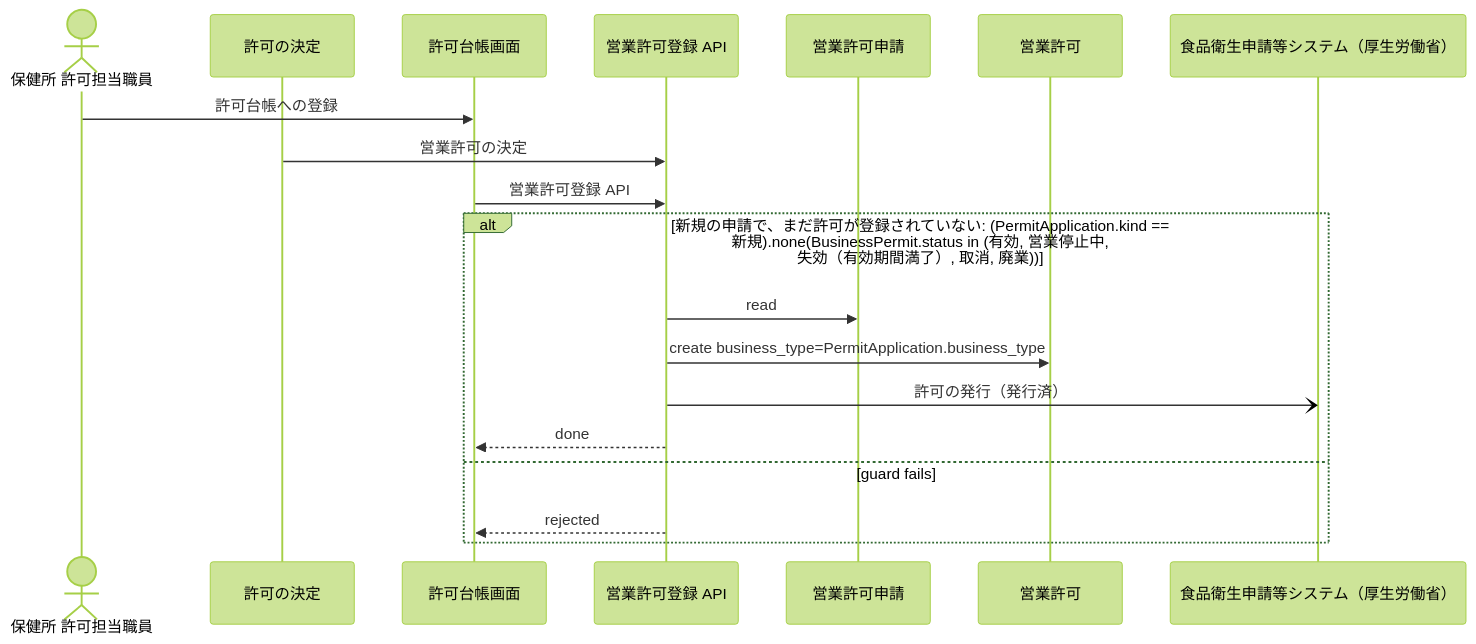
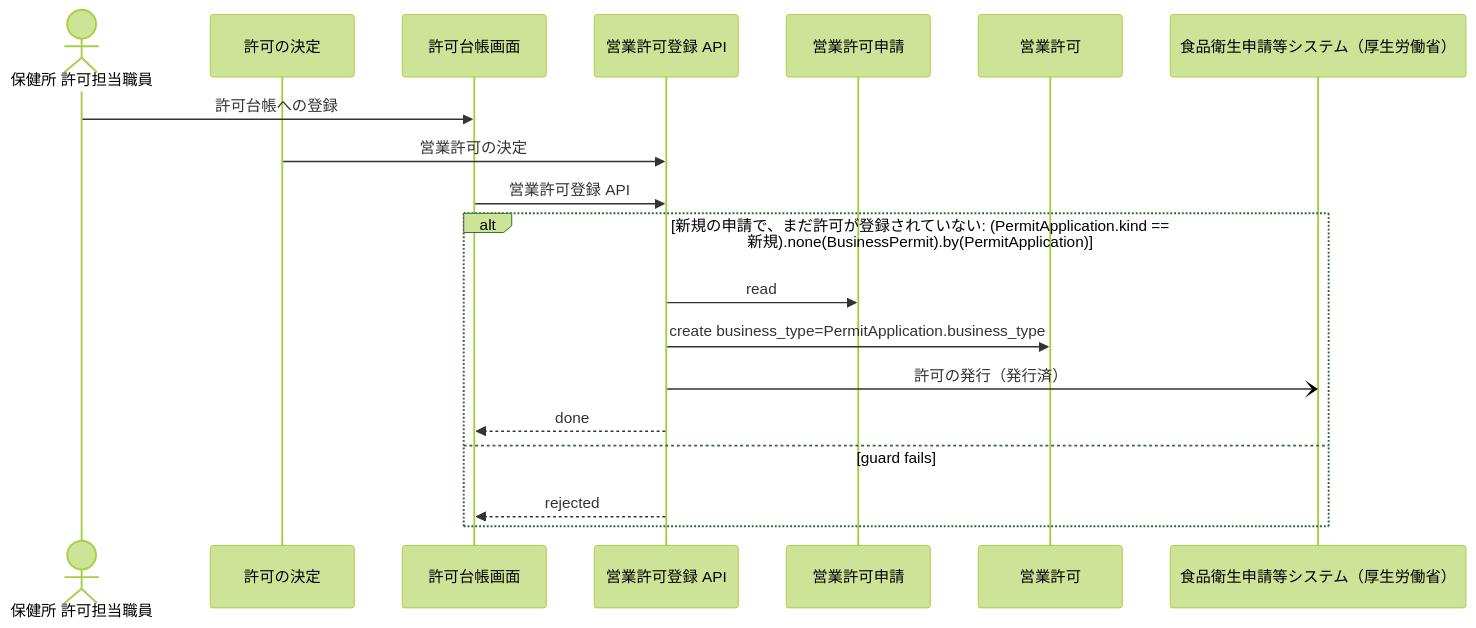
One commit to manji-0/rdra-ish-dsl changed the diagram in samples/food-permit-ops/out/uc/sequence_RegisterPermit.mmd. Above: the diagram before and after it, drawn with Mermaid (forest theme). The commit also changed 31 other files, not shown here.

```diff
--- a/samples/food-permit-ops/out/uc/sequence_RegisterPermit.mmd
+++ b/samples/food-permit-ops/out/uc/sequence_RegisterPermit.mmd
@@ -1,22 +1,22 @@
 %% rdra-ish diagram=sequence scope=usecase:RegisterPermit model=samples/food-permit-ops
 %% kinds: actor usecase screen api entity extsystem
 %% omitted: buc step medium permission event condition
 sequenceDiagram
   actor actor__PermitClerk as 保健所 許可担当職員
   participant usecase__GrantPermit as 許可の決定
   participant screen__PermitLedgerScreen as 許可台帳画面
   participant api__PermitRegistrationApi as 営業許可登録 API
   participant entity__PermitApplication as 営業許可申請
   participant entity__BusinessPermit as 営業許可
   participant extsystem__FoodSanitationSystem as 食品衛生申請等システム（厚生労働省）
   actor__PermitClerk ->> screen__PermitLedgerScreen: 許可台帳への登録
   usecase__GrantPermit ->> api__PermitRegistrationApi: 営業許可の決定
   screen__PermitLedgerScreen ->> api__PermitRegistrationApi: 営業許可登録 API
-  alt 新規の申請で、まだ許可が登録されていない: (PermitApplication.kind == 新規).none(BusinessPermit.status in (有効, 営業停止中, 失効（有効期間満了）, 取消, 廃業))
+  alt 新規の申請で、まだ許可が登録されていない: (PermitApplication.kind == 新規).none(BusinessPermit).by(PermitApplication)
     api__PermitRegistrationApi ->> entity__PermitApplication: read
     api__PermitRegistrationApi ->> entity__BusinessPermit: create business_type=PermitApplication.business_type
     api__PermitRegistrationApi -) extsystem__FoodSanitationSystem: 許可の発行（発行済）
     api__PermitRegistrationApi -->> screen__PermitLedgerScreen: done
   else guard fails
     api__PermitRegistrationApi -->> screen__PermitLedgerScreen: rejected
   end
```
